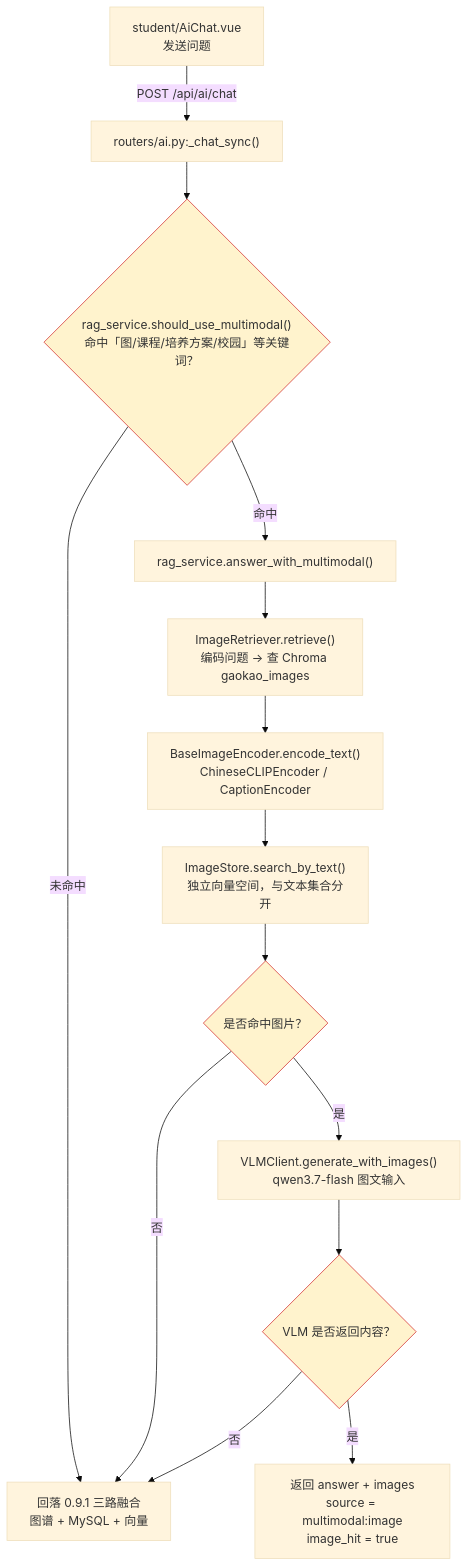
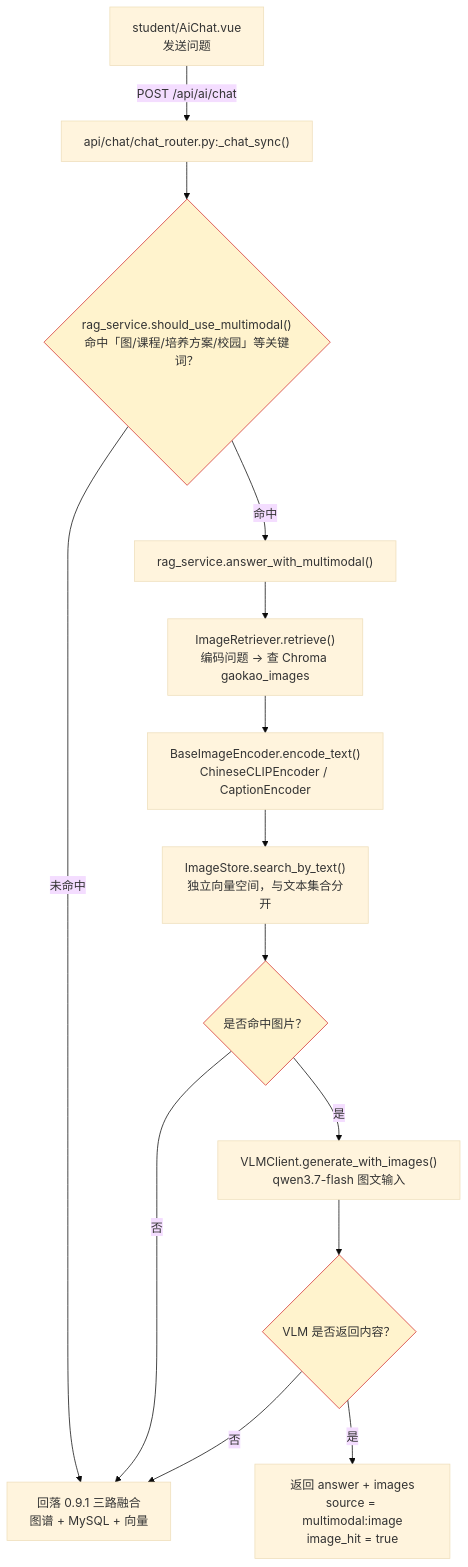
The seventh of 12 diagrams in README.md (TS-DE/college-application-process), drawn with Mermaid (base theme) before and after one commit. The commit also changed other lines of this file and 1 other file, not shown here.

Commit message:
docs: 0.17.0 更新 CHANGELOG 与 README 目录结构（api/services/tests 三层）

````diff
--- a/README.md
+++ b/README.md
@@ -760,21 +796,21 @@
 ```mermaid
 graph TD
-    A["student/AiChat.vue<br/>发送问题"] -->|"POST /api/ai/chat"| B["routers/ai.py:_chat_sync()"]
+    A["student/AiChat.vue<br/>发送问题"] -->|"POST /api/ai/chat"| B["api/chat/chat_router.py:_chat_sync()"]
     B --> C{"rag_service.should_use_multimodal()<br/>命中「图/课程/培养方案/校园」等关键词？"}
     C -->|"未命中"| Z["回落 0.9.1 三路融合<br/>图谱 + MySQL + 向量"]
     C -->|"命中"| D["rag_service.answer_with_multimodal()"]
 
     D --> E["ImageRetriever.retrieve()<br/>编码问题 → 查 Chroma gaokao_images"]
     E --> F["BaseImageEncoder.encode_text()<br/>ChineseCLIPEncoder / CaptionEncoder"]
     F --> G["ImageStore.search_by_text()<br/>独立向量空间，与文本集合分开"]
     G --> H{"是否命中图片？"}
     H -->|"否"| Z
     H -->|"是"| I["VLMClient.generate_with_images()<br/>qwen3.7-flash 图文输入"]
     I --> J{"VLM 是否返回内容？"}
     J -->|"否"| Z
     J -->|"是"| K["返回 answer + images<br/>source = multimodal:image<br/>image_hit = true"]
 
     style C fill:#fff3cd,stroke:#d32f2f
     style H fill:#fff3cd,stroke:#d32f2f
     style J fill:#fff3cd,stroke:#d32f2f
 ```
````
